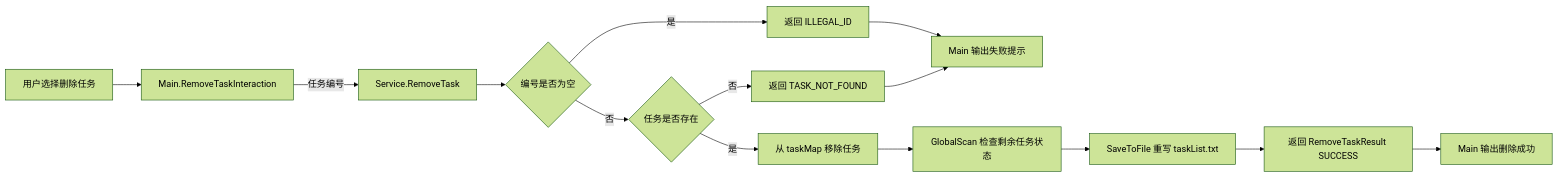
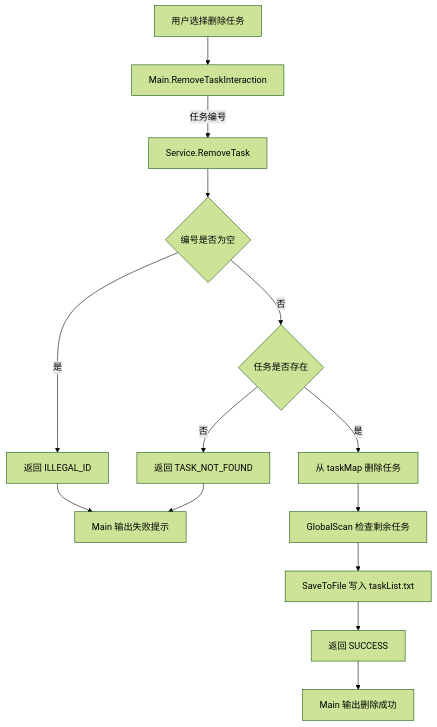
The fifth of 14 diagrams in README.md (Z-ZM-creator/Task-Manage-System3.0), drawn with Mermaid (forest theme) before and after one commit. The commit also changed other lines of this file, not shown here.

````diff
--- a/README.md
+++ b/README.md
@@ -280,16 +214,16 @@
 ```mermaid
-flowchart LR
+flowchart TD
     User[用户选择删除任务] --> Main[Main.RemoveTaskInteraction]
     Main -->|任务编号| Service[Service.RemoveTask]
     Service --> CheckId{编号是否为空}
     CheckId -->|是| Illegal[返回 ILLEGAL_ID]
     CheckId -->|否| Exists{任务是否存在}
     Exists -->|否| NotFound[返回 TASK_NOT_FOUND]
-    Exists -->|是| Remove[从 taskMap 移除任务]
-    Remove --> GlobalScan[GlobalScan 检查剩余任务状态]
-    GlobalScan --> Save[SaveToFile 重写 taskList.txt]
-    Save --> Success[返回 RemoveTaskResult SUCCESS]
+    Exists -->|是| Remove[从 taskMap 删除任务]
+    Remove --> GlobalScan[GlobalScan 检查剩余任务]
+    GlobalScan --> Save[SaveToFile 写入 taskList.txt]
+    Save --> Success[返回 SUCCESS]
     Illegal --> Output[Main 输出失败提示]
     NotFound --> Output
     Success --> OutputSuccess[Main 输出删除成功]
 ```
````
